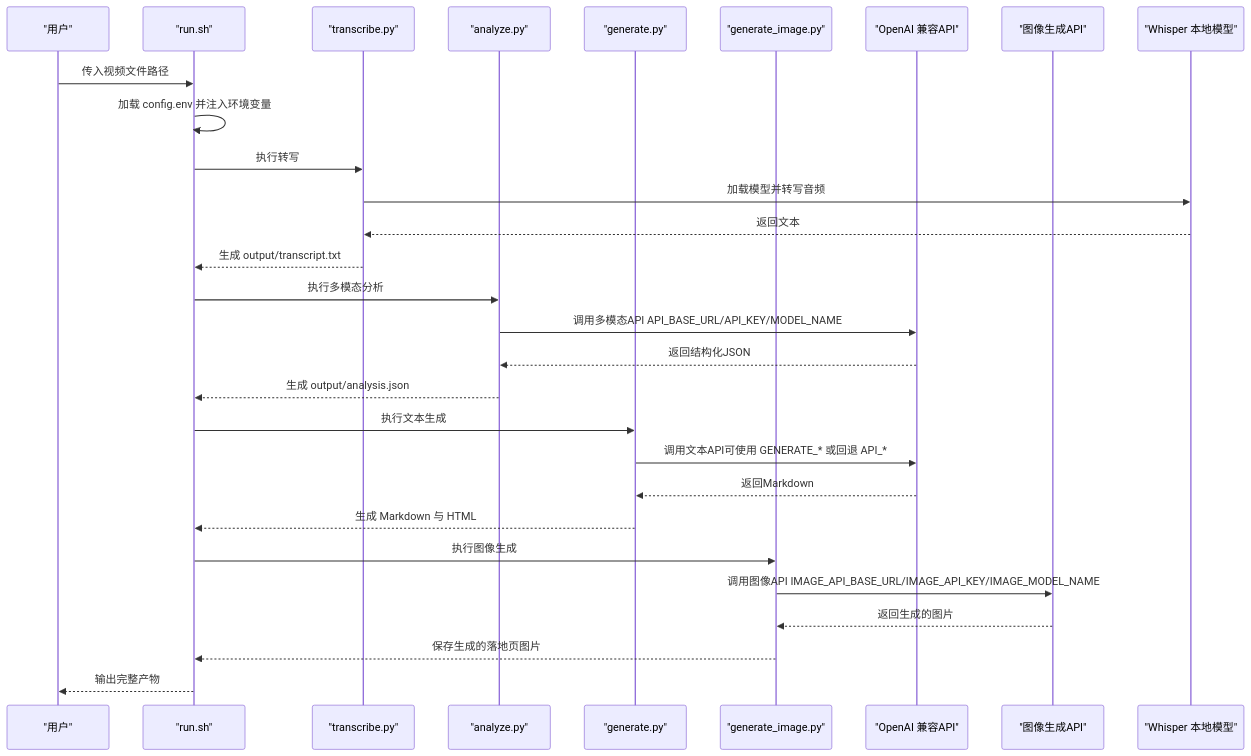
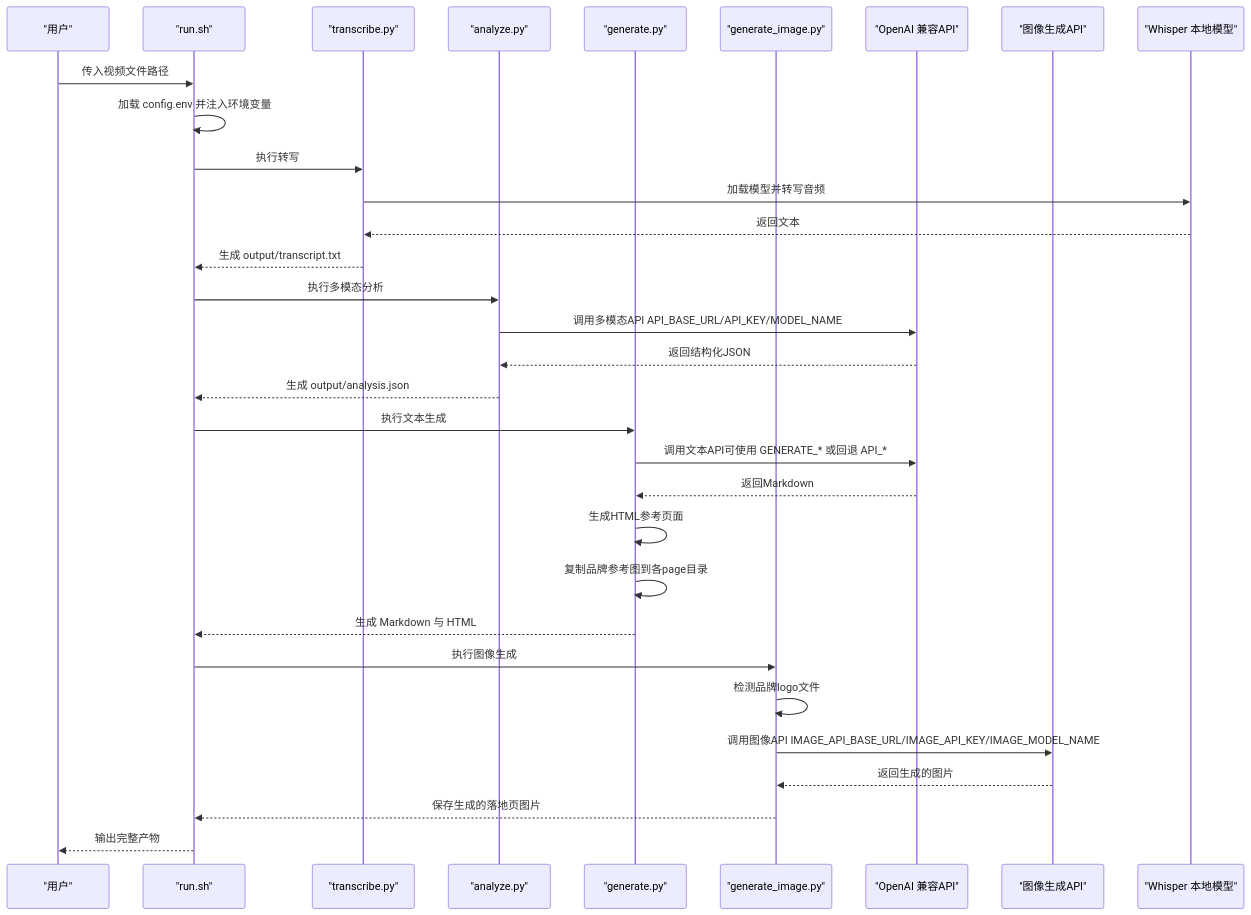
One commit to WongMingJiu/landingpage-test-hero-page changed the second of 7 diagrams in .qoder/repowiki/zh/content/配置和定制/API配置.md. Above: the diagram before and after it, drawn with Mermaid. The commit also changed other lines of this file and 4 other files, not shown here.

First line of the commit message:
feat: 生图输出尺寸改为 750x1125（API 生成 1024x1536 后 Pillow 缩放）

````diff
--- a/.qoder/repowiki/zh/content/配置和定制/API配置.md
+++ b/.qoder/repowiki/zh/content/配置和定制/API配置.md
@@ -146,31 +168,34 @@
 ```mermaid
 sequenceDiagram
 participant U as "用户"
 participant SH as "run.sh"
 participant TR as "transcribe.py"
 participant AN as "analyze.py"
 participant GE as "generate.py"
 participant GI as "generate_image.py"
 participant OA as "OpenAI 兼容API"
 participant IA as "图像生成API"
 participant WH as "Whisper 本地模型"
 U->>SH : 传入视频文件路径
 SH->>SH : 加载 config.env 并注入环境变量
 SH->>TR : 执行转写
 TR->>WH : 加载模型并转写音频
 WH-->>TR : 返回文本
 TR-->>SH : 生成 output/transcript.txt
 SH->>AN : 执行多模态分析
 AN->>OA : 调用多模态API API_BASE_URL/API_KEY/MODEL_NAME
 OA-->>AN : 返回结构化JSON
 AN-->>SH : 生成 output/analysis.json
 SH->>GE : 执行文本生成
 GE->>OA : 调用文本API可使用 GENERATE_* 或回退 API_*
 OA-->>GE : 返回Markdown
+GE->>GE : 生成HTML参考页面
+GE->>GE : 复制品牌参考图到各page目录
 GE-->>SH : 生成 Markdown 与 HTML
 SH->>GI : 执行图像生成
+GI->>GI : 检测品牌logo文件
 GI->>IA : 调用图像API IMAGE_API_BASE_URL/IMAGE_API_KEY/IMAGE_MODEL_NAME
 IA-->>GI : 返回生成的图片
 GI-->>SH : 保存生成的落地页图片
 SH-->>U : 输出完整产物
 ```
````
